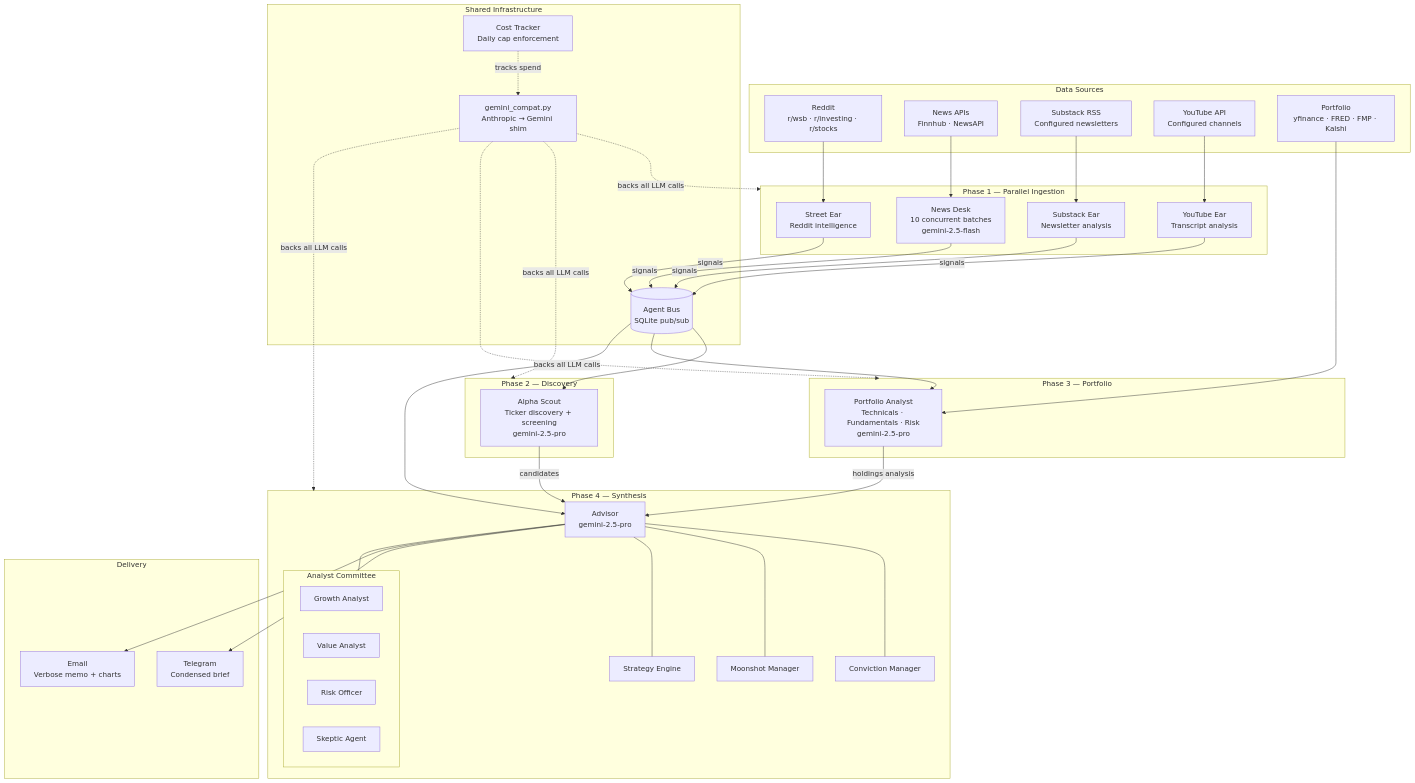
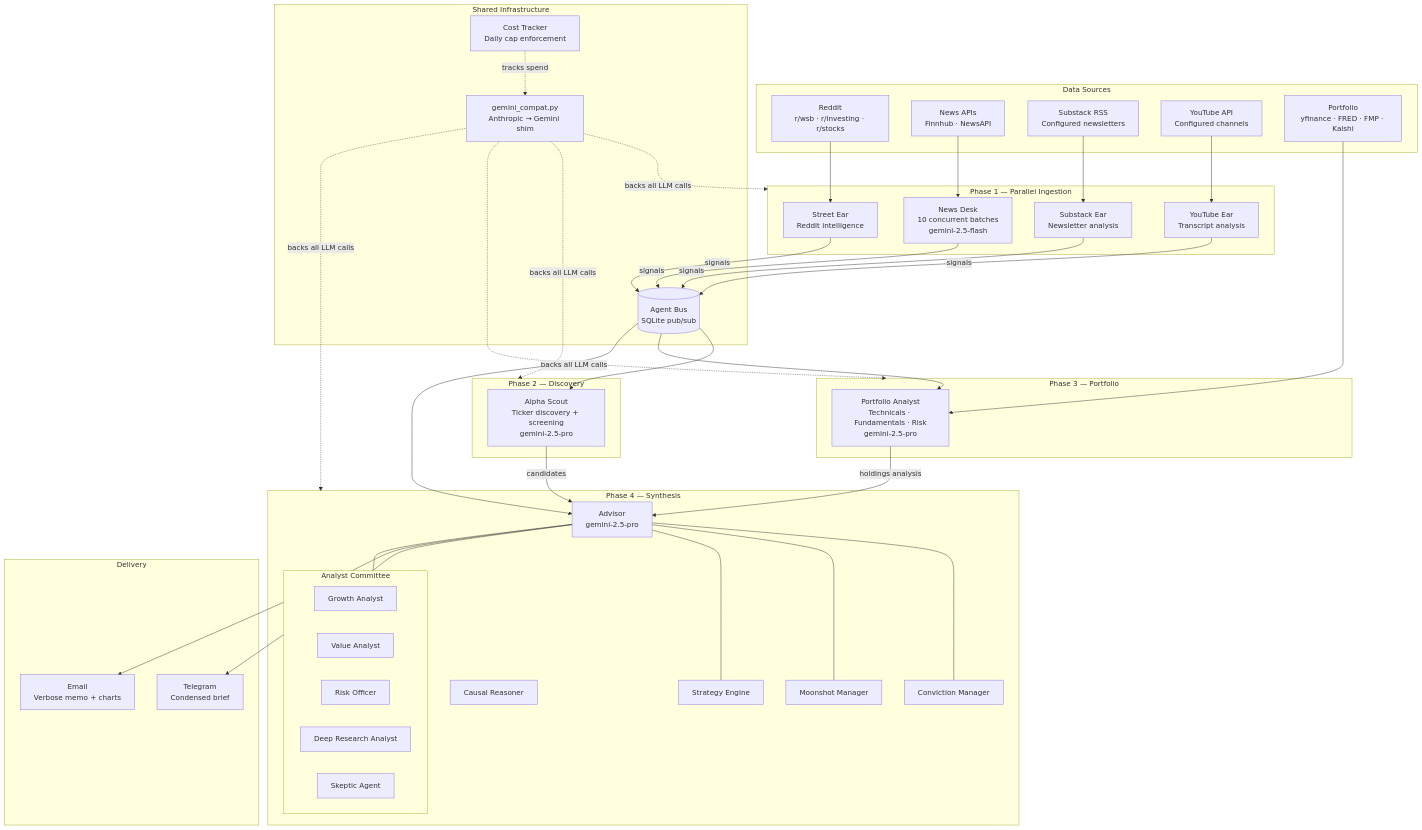
The diagram in README.md (vikram-santhosh/alpha-desk), drawn with Mermaid before and after one commit. The commit also changed other lines of this file and 15 other files, not shown here.

First line of the commit message:
Add deep research blocks, causal reasoner, and 7-section CIO brief

```diff
--- a/README.md
+++ b/README.md
@@ -37,8 +37,10 @@
             GR["Growth Analyst"]
             VA["Value Analyst"]
             RO["Risk Officer"]
+            DR["Deep Research Analyst"]
             SK["Skeptic Agent"]
         end
+        CR["Causal Reasoner"]
         CM["Conviction Manager"]
         MM["Moonshot Manager"]
         ST["Strategy Engine"]
```
